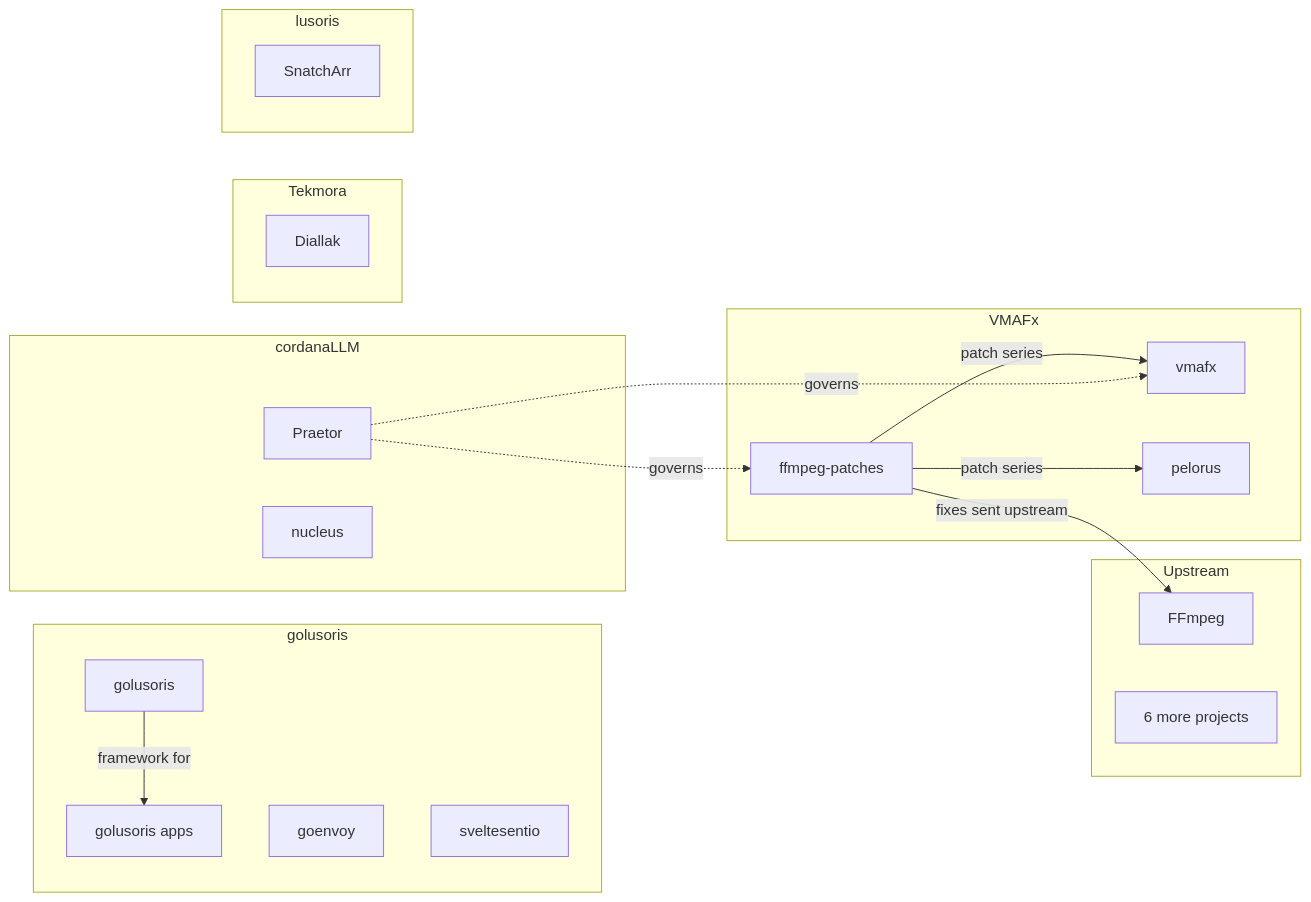
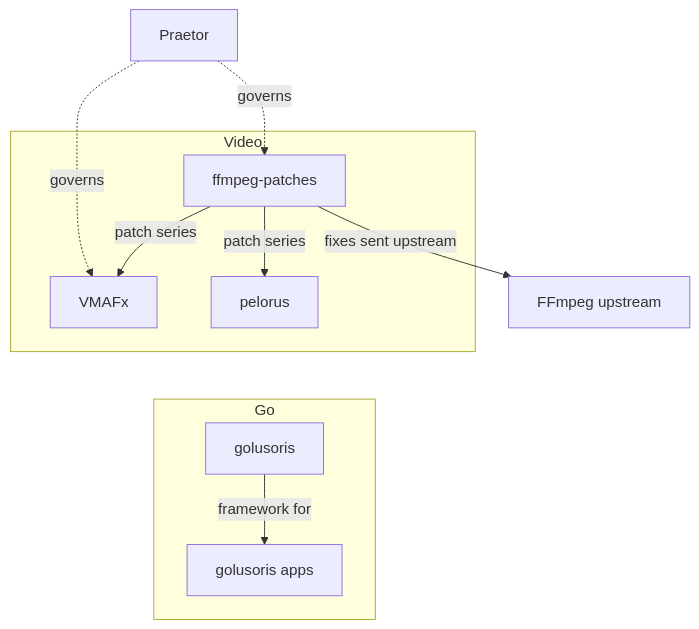
Before and after one commit to lusoris/lusoris: the diagram in drafts/profile.md, drawn with Mermaid.

Commit message:
docs: profile draft map runs top to bottom for narrow screens
At 390 px the left-to-right map with six organisation boxes was
unreadable and GitHub's zoom controls covered its right half. The map
now shows only the connections, top to bottom; the organisations stay
grouped in the Projects sections.

````diff
--- a/drafts/profile.md
+++ b/drafts/profile.md
@@ -28,34 +28,21 @@
 ```mermaid
-flowchart LR
-    subgraph org_vmafx ["VMAFx"]
-        vmafx["vmafx"]
+flowchart TB
+    praetor["Praetor"]
+    subgraph video ["Video"]
         ffp["ffmpeg-patches"]
+        vmafx["VMAFx"]
         pelorus["pelorus"]
     end
-    subgraph org_golusoris ["golusoris"]
+    ffmpeg["FFmpeg upstream"]
+    subgraph go ["Go"]
         golusoris["golusoris"]
-        goenvoy["goenvoy"]
-        sveltesentio["sveltesentio"]
         apps["golusoris apps"]
     end
-    subgraph org_cordana ["cordanaLLM"]
-        praetor["Praetor"]
-        nucleus["nucleus"]
-    end
-    subgraph org_tekmora ["Tekmora"]
-        diallak["Diallak"]
-    end
-    subgraph org_lusoris ["lusoris"]
-        snatcharr["SnatchArr"]
-    end
-    subgraph upstream ["Upstream"]
-        ffmpeg["FFmpeg"]
-        more["6 more projects"]
-    end
+    praetor -.->|governs| ffp
+    praetor -.->|governs| vmafx
     ffp -->|patch series| vmafx
     ffp -->|patch series| pelorus
     ffp -->|fixes sent upstream| ffmpeg
-    praetor -.->|governs| ffp
-    praetor -.->|governs| vmafx
     golusoris -->|framework for| apps
+    pelorus ~~~ golusoris
 ```
````
